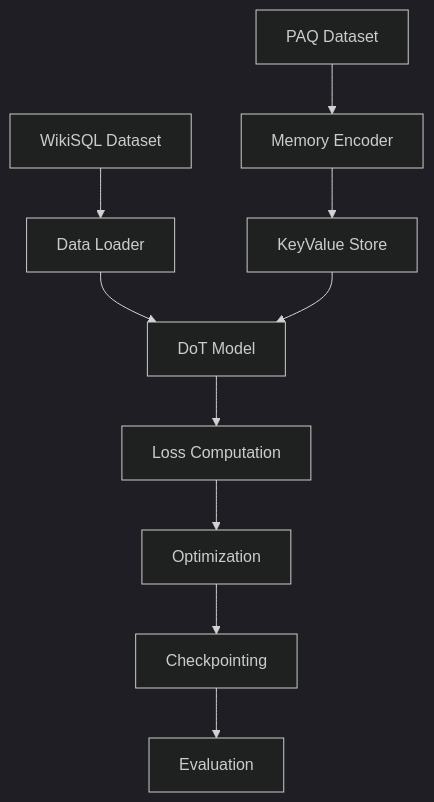
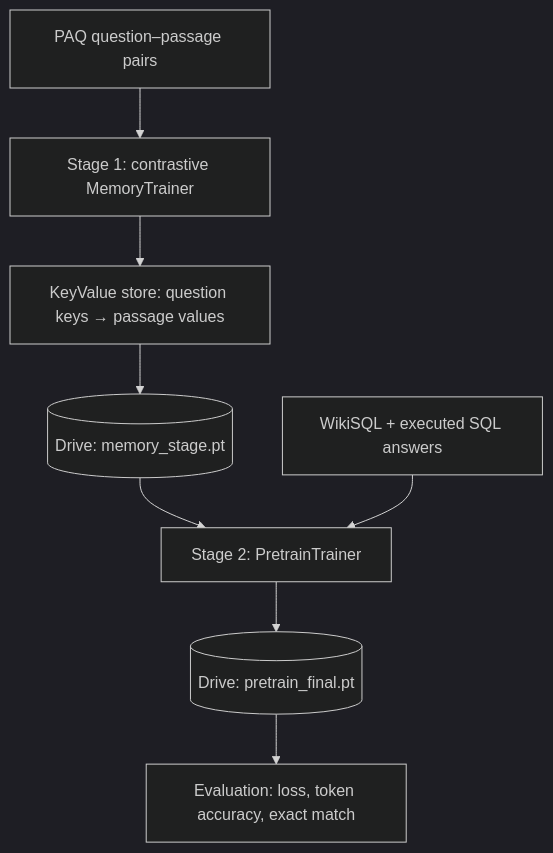
The diagram in README.md (mohamedzait20003/TableMind), drawn with Mermaid (dark theme) before and after one commit. The commit also changed other lines of this file and 54 other files, not shown here.

````diff
--- a/README.md
+++ b/README.md
@@ -136,12 +108,10 @@
 ```mermaid
 graph TD
-    A[PAQ Dataset] --> B[Memory Encoder]
-    B --> C[KeyValue Store]
-    D[WikiSQL Dataset] --> E[Data Loader]
-    E --> F[DoT Model]
-    C --> F
-    F --> G[Loss Computation]
-    G --> H[Optimization]
-    H --> I[Checkpointing]
-    I --> J[Evaluation]
+    A[PAQ question–passage pairs] --> B[Stage 1: contrastive MemoryTrainer]
+    B --> C[KeyValue store: question keys → passage values]
+    C --> D[(Drive: memory_stage.pt)]
+    D --> E[Stage 2: PretrainTrainer]
+    F[WikiSQL + executed SQL answers] --> E
+    E --> G[(Drive: pretrain_final.pt)]
+    G --> H[Evaluation: loss, token accuracy, exact match]
 ```
````
